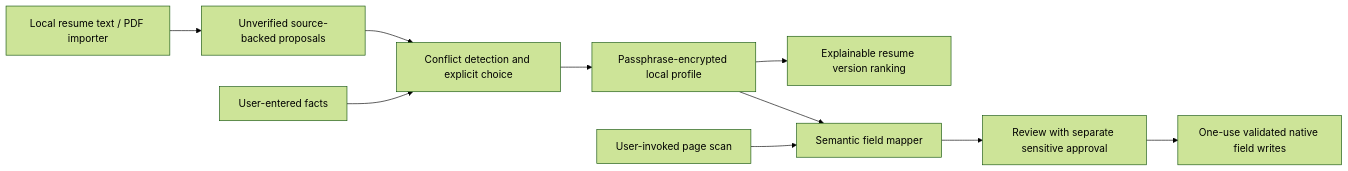
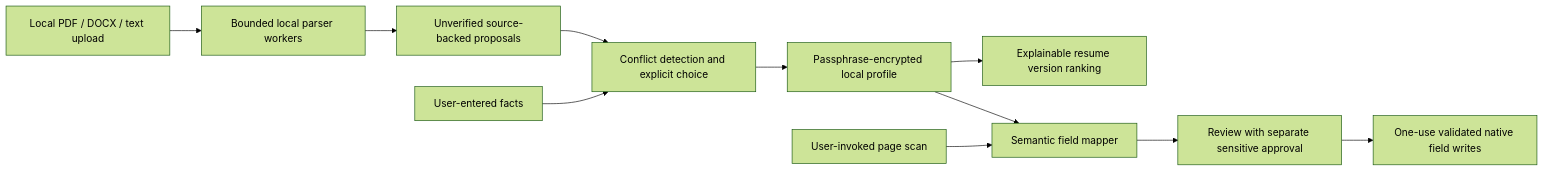
Before and after one commit to yafi-s/formproof: the diagram in docs/ARCHITECTURE.md, drawn with Mermaid (forest theme). The commit also changed other lines of this file and 265 other files, not shown here.

Commit message:
Add local PDF and DOCX resume upload extension with reviewed ATS fills

````diff
--- a/docs/ARCHITECTURE.md
+++ b/docs/ARCHITECTURE.md
@@ -3,12 +3,13 @@
 ```mermaid
 flowchart LR
-  Files[Local resume text / PDF importer] --> Proposals[Unverified source-backed proposals]
+  Files[Local PDF / DOCX / text upload] --> Worker[Bounded local parser workers]
+  Worker --> Proposals[Unverified source-backed proposals]
   Proposals --> Conflict[Conflict detection and explicit choice]
   User[User-entered facts] --> Conflict
   Conflict --> Vault[Passphrase-encrypted local profile]
   Vault --> Rank[Explainable resume version ranking]
   Vault --> Plan[Semantic field mapper]
   Page[User-invoked page scan] --> Plan
   Plan --> Review[Review with separate sensitive approval]
   Review --> Apply[One-use validated native field writes]
 ```
````
